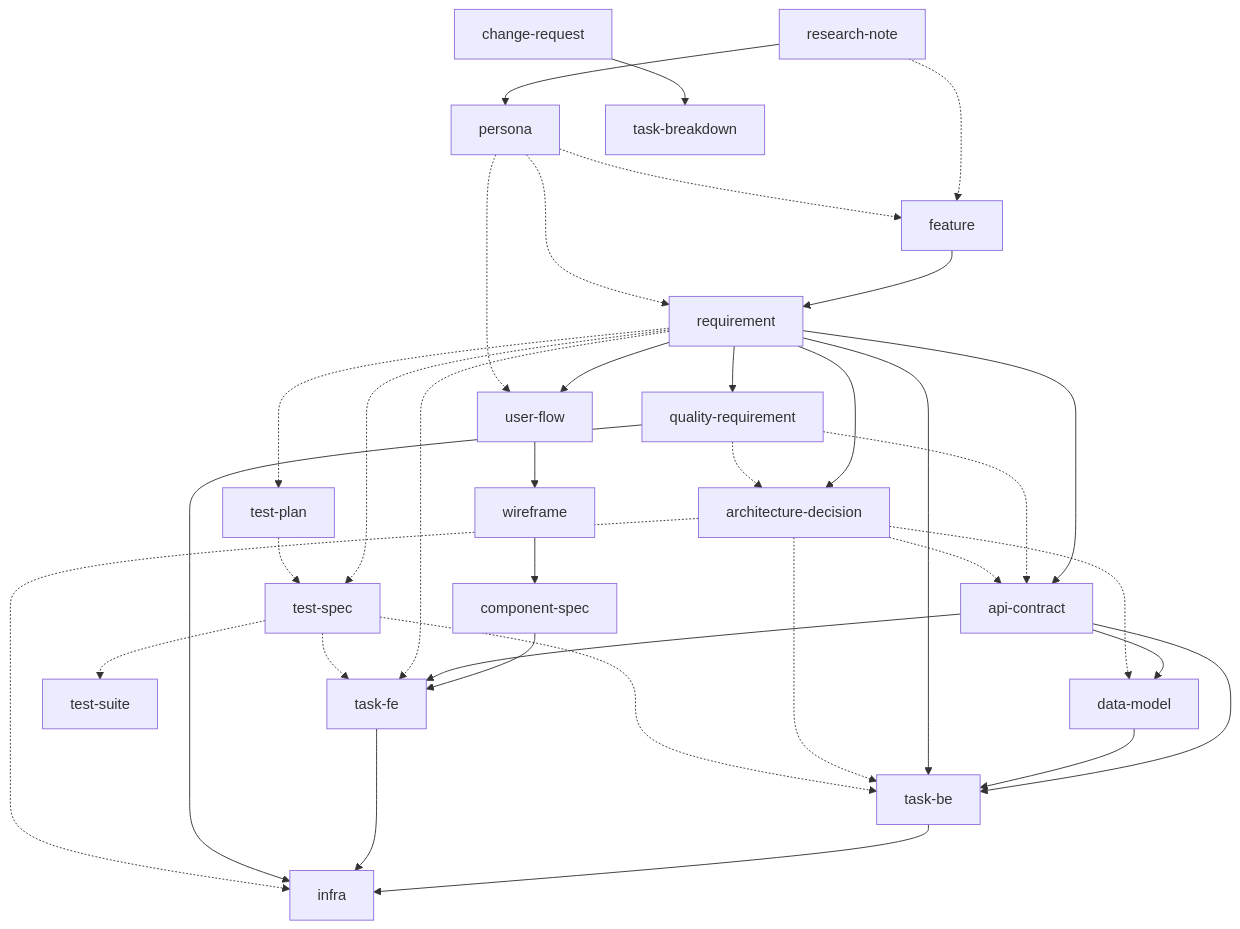
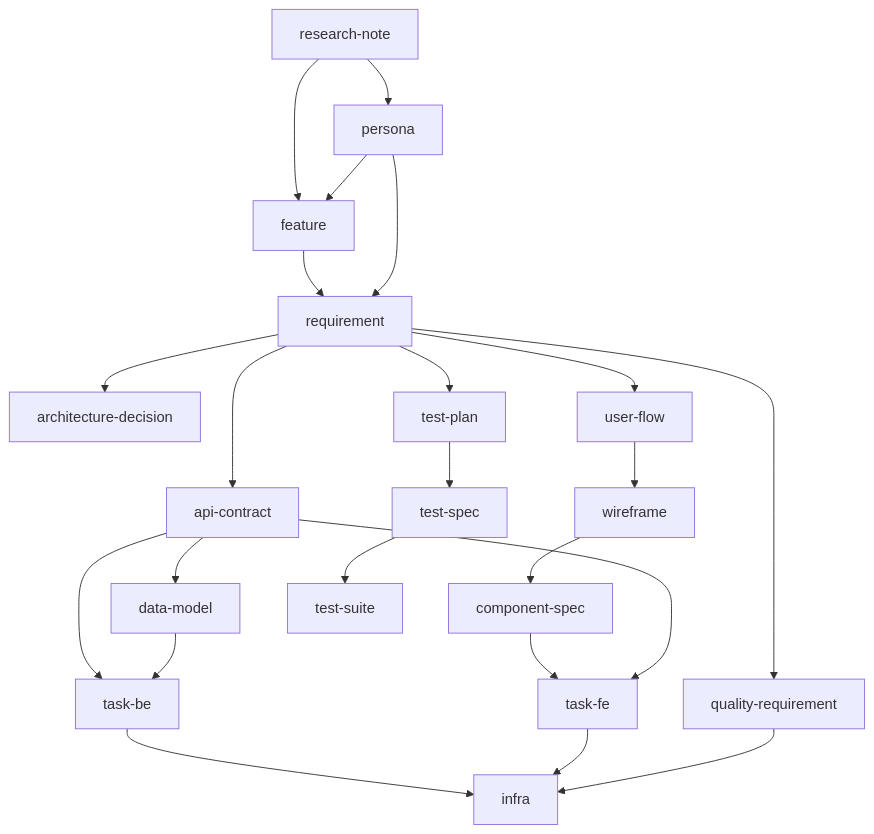
One commit to clitetailor/artifact-driven-development changed the diagram in reference/artifact-dep-graph.md. Above: the diagram before and after it, drawn with Mermaid. The commit also changed other lines of this file and 67 other files, not shown here.

````diff
--- a/reference/artifact-dep-graph.md
+++ b/reference/artifact-dep-graph.md
@@ -12,45 +6,30 @@
 ```mermaid
 graph TD
     RN[research-note] --> PERSONA[persona]
-    RN -.-> FEAT[feature]
-    PERSONA -.-> FEAT
+    RN --> FEAT[feature]
+    PERSONA --> FEAT
     FEAT --> REQ[requirement]
-    PERSONA -.-> REQ
+    PERSONA --> REQ
 
     REQ --> QR[quality-requirement]
     REQ --> ADR[architecture-decision]
-    QR -.-> ADR
     REQ --> UF[user-flow]
-    PERSONA -.-> UF
     UF --> WF[wireframe]
     WF --> CS[component-spec]
 
     REQ --> API[api-contract]
-    QR -.-> API
-    ADR -.-> API
     API --> DM[data-model]
-    ADR -.-> DM
 
-    REQ -.-> TP[test-plan]
-    REQ -.-> TS[test-spec]
-    TP -.-> TS
-    TS -.-> SUITE[test-suite]
+    REQ --> TP[test-plan]
+    TP --> TS[test-spec]
+    TS --> SUITE[test-suite]
 
     CS --> TASK_FE[task-fe]
     API --> TASK_FE
-    REQ -.-> TASK_FE
-    TS -.-> TASK_FE
-
     API --> TASK_BE[task-be]
     DM --> TASK_BE
-    REQ --> TASK_BE
-    ADR -.-> TASK_BE
-    TS -.-> TASK_BE
 
     TASK_BE --> INFRA[infra]
     TASK_FE --> INFRA
     QR --> INFRA
-    ADR -.-> INFRA
-
-    CR[change-request] --> TB[task-breakdown]
 ```
````
